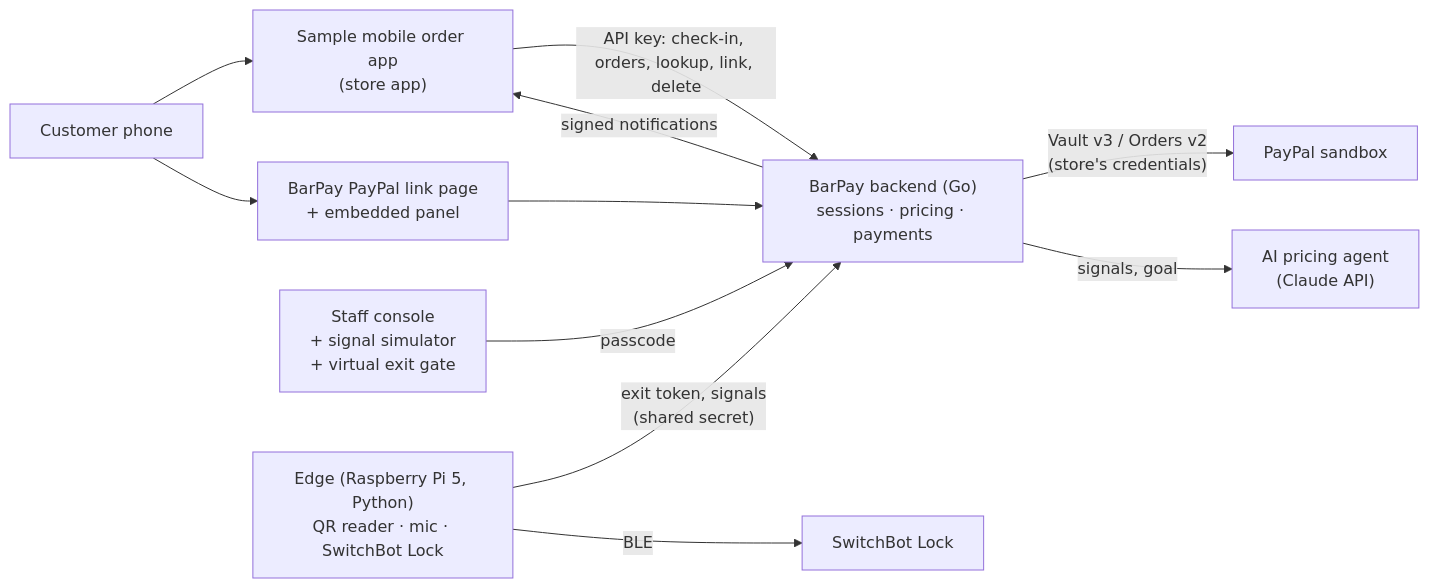
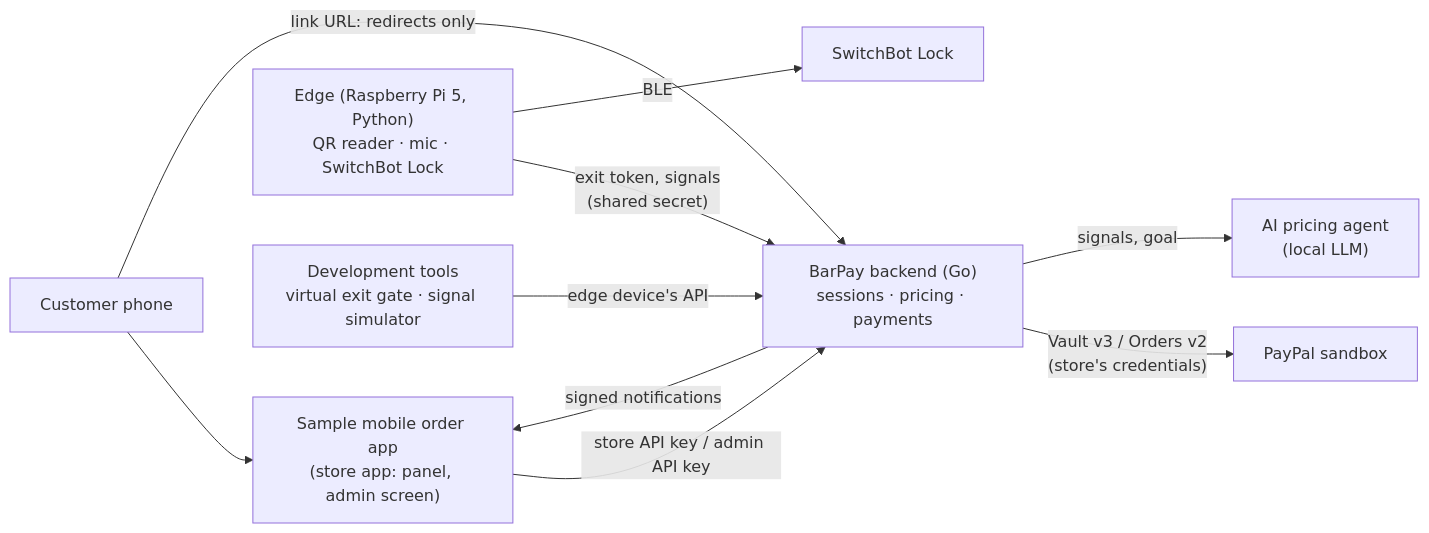
One commit to sumiredc/barpay changed the fourth of 4 diagrams in PRD.md. Above: the diagram before and after it, drawn with Mermaid. The commit also changed other lines of this file and 1 other file, not shown here.

First line of the commit message:
Describe BarPay as a module with no screens in the PRD

````diff
--- a/PRD.md
+++ b/PRD.md
@@ -307,13 +321,12 @@
 ```mermaid
 flowchart LR
-  Phone["Customer phone"] --> App["Sample mobile order app<br/>(store app)"]
-  Phone --> Pages["BarPay PayPal link page<br/>+ embedded panel"]
-  App -- "API key: check-in, orders, lookup, link, delete" --> API
+  Phone["Customer phone"] --> App["Sample mobile order app<br/>(store app: panel, admin screen)"]
+  Phone -- "link URL: redirects only" --> API
+  App -- "store API key / admin API key" --> API
   API -- "signed notifications" --> App
-  Pages --> API
-  Staff["Staff console<br/>+ signal simulator<br/>+ virtual exit gate"] -- "passcode" --> API
   API["BarPay backend (Go)<br/>sessions · pricing · payments"] -- "Vault v3 / Orders v2<br/>(store's credentials)" --> PP["PayPal sandbox"]
-  API -- "signals, goal" --> LLM["AI pricing agent<br/>(Claude API)"]
+  API -- "signals, goal" --> LLM["AI pricing agent<br/>(local LLM)"]
   Edge["Edge (Raspberry Pi 5, Python)<br/>QR reader · mic · SwitchBot Lock"] -- "exit token, signals<br/>(shared secret)" --> API
   Edge -- BLE --> Lock["SwitchBot Lock"]
+  Dev["Development tools<br/>virtual exit gate · signal simulator"] -- "edge device's API" --> API
 ```
````
